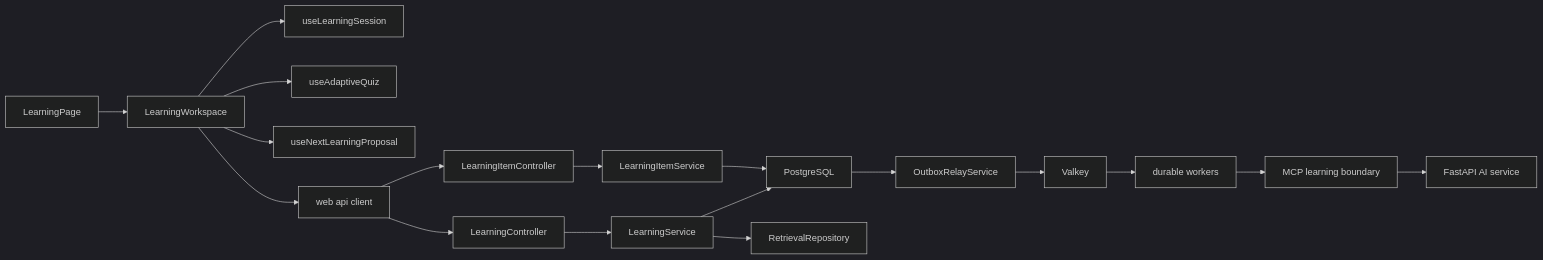
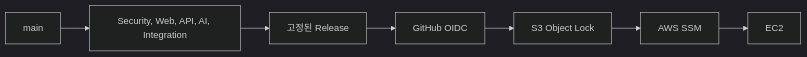
The second of 2 diagrams in README.md (NearthYou/Studytube), drawn with Mermaid (dark theme) before and after one commit. The commit also changed other lines of this file and 8 other files, not shown here.

````diff
--- a/README.md
+++ b/README.md
@@ -100,20 +102,9 @@
 ```mermaid
 flowchart LR
-  LearningPage --> LearningWorkspace
-  LearningWorkspace --> Session[useLearningSession]
-  LearningWorkspace --> Quiz[useAdaptiveQuiz]
-  LearningWorkspace --> Proposal[useNextLearningProposal]
-  LearningWorkspace --> ApiClient[web api client]
-  ApiClient --> ItemController[LearningItemController]
-  ApiClient --> LearningController
-  ItemController --> ItemService[LearningItemService]
-  LearningController --> LearningService
-  ItemService --> PostgreSQL
-  LearningService --> PostgreSQL
-  LearningService --> Retrieval[RetrievalRepository]
-  PostgreSQL --> Outbox[OutboxRelayService]
-  Outbox --> Valkey
-  Valkey --> Worker[durable workers]
-  Worker --> MCP[MCP learning boundary]
-  MCP --> AI[FastAPI AI service]
+  Main[main] --> Checks[Security, Web, API, AI, Integration]
+  Checks --> Artifact[고정된 Release]
+  Artifact --> OIDC[GitHub OIDC]
+  OIDC --> S3[S3 Object Lock]
+  S3 --> SSM[AWS SSM]
+  SSM --> EC2[EC2]
 ```
````
